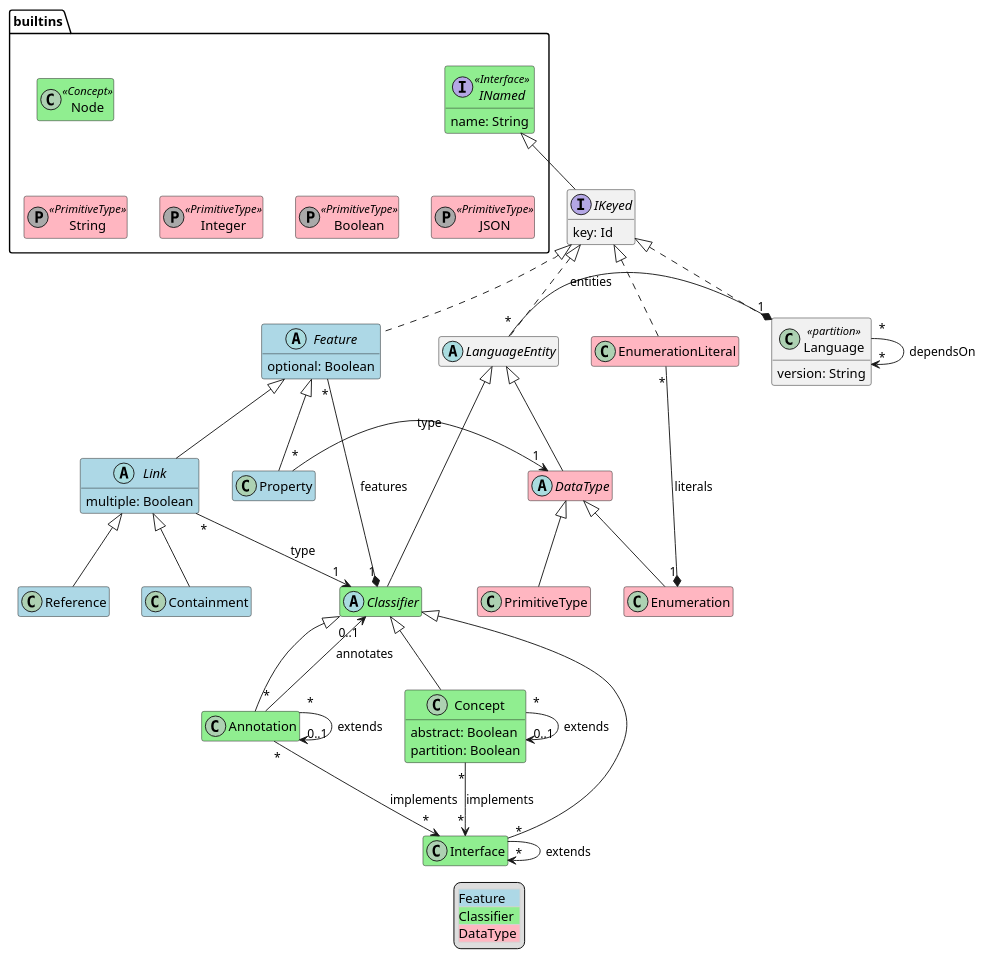
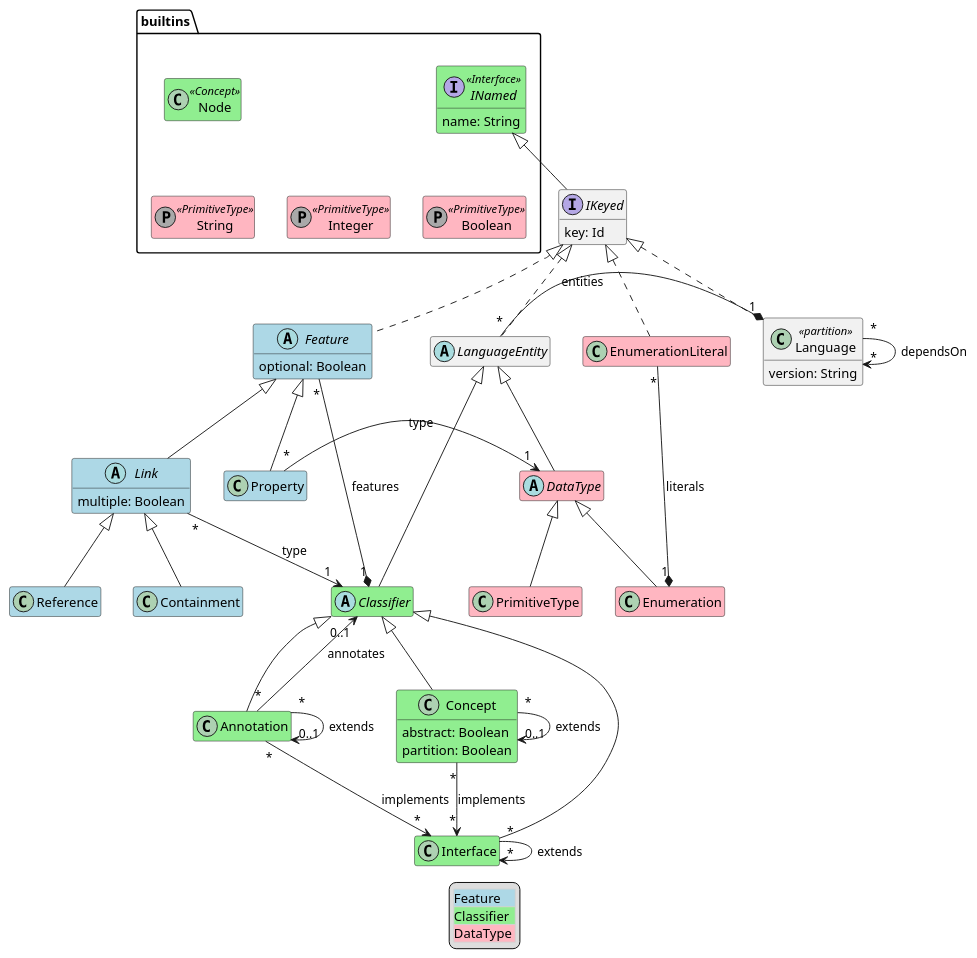
The diagram in src/LionWeb-CSharp/docs/metametamodel-with-complete-builtins.puml (LionWeb-io/lionweb-csharp), drawn with PlantUML before and after one commit. The commit also changed 5 other files, not shown here.

```diff
--- a/src/LionWeb-CSharp/docs/metametamodel-with-complete-builtins.puml
+++ b/src/LionWeb-CSharp/docs/metametamodel-with-complete-builtins.puml
@@ -1,95 +1,93 @@
 @startuml
 hide empty members
 
 package builtins {
 
     class builtins.Node <<Concept>> #LightGreen
 
     interface builtins.INamed <<Interface>> #LightGreen {
       name: String
     }
 
     class String <<(P, darkgray) PrimitiveType>> #LightPink
     class Integer <<(P, darkgray) PrimitiveType>> #LightPink
     class Boolean <<(P, darkgray) PrimitiveType>> #LightPink
-    class JSON <<(P, darkgray) PrimitiveType>> #LightPink
 
     Node -[hidden]- String
 
     String -[hidden] Integer
     Integer -[hidden] Boolean
-    Boolean -[hidden] JSON
 
 }
 
 class Annotation #LightGreen extends Classifier
 
 class Concept #LightGreen extends Classifier {
   abstract: Boolean
   partition: Boolean
 }
 
 class Interface #LightGreen extends Classifier
 
 class Containment #LightBlue extends Link
 
 abstract class DataType #LightPink extends LanguageEntity
 
 class Enumeration #LightPink extends DataType
 
 class EnumerationLiteral #LightPink implements IKeyed
 
 abstract class Feature #LightBlue implements IKeyed {
   optional: Boolean
 }
 
 abstract class Classifier #LightGreen extends LanguageEntity
 
 abstract class Link #LightBlue extends Feature {
   multiple: Boolean
 }
 
 class Language <<partition>> implements IKeyed {
   version: String
 }
 
 abstract class LanguageEntity implements IKeyed
 
 interface IKeyed extends builtins.INamed {
   key: Id
 }
 
 class PrimitiveType #LightPink extends DataType
 
 class Property #LightBlue extends Feature
 
 class Reference #LightBlue extends Link
 
 ' relations:
 
 Annotation "*" --> "0..1" Classifier: annotates
 Annotation "*" --> "0..1" Annotation: extends
 Annotation "*" --> "*" Interface: implements
 
 Concept "*" --> "0..1" Concept: extends
 Concept "*" --> "*" Interface: implements
 
 Interface "*" --> "*" Interface: extends
 
 EnumerationLiteral "*" -* "1" Enumeration : literals
 
 Feature "*" -* "1" Classifier: features
 
 Link "*" --> "1" Classifier: type
 
 Language "*" --> "*" Language: dependsOn
 LanguageEntity "*" -* "1" Language: entities
 
 Property "*" -> "1" DataType: type
 
 legend
   <#LightGray,#LightGray>| <#LightBlue>Feature |
   | <#LightGreen>Classifier |
   | <#LightPink>DataType |
 end legend
 @enduml
```
